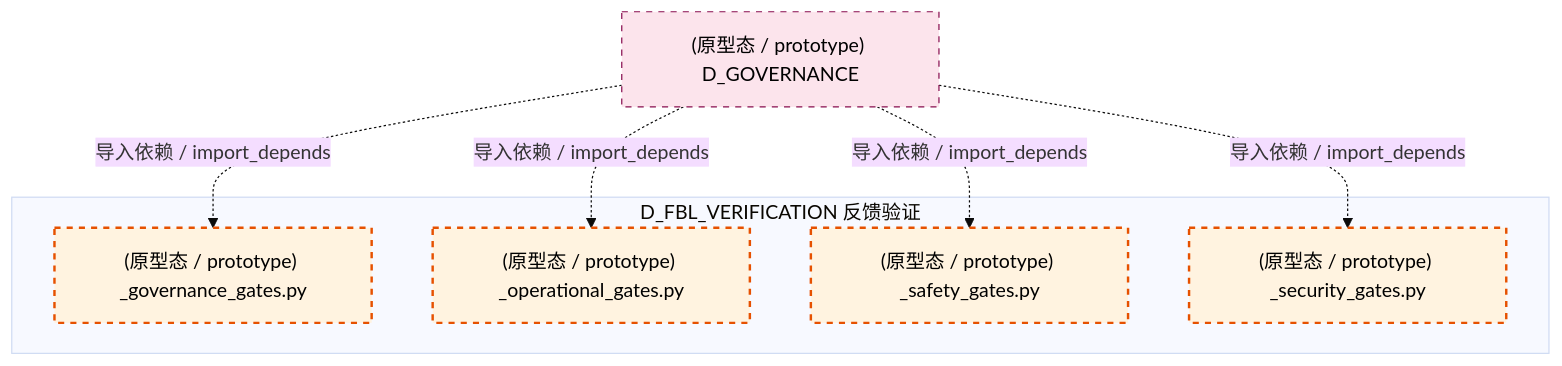
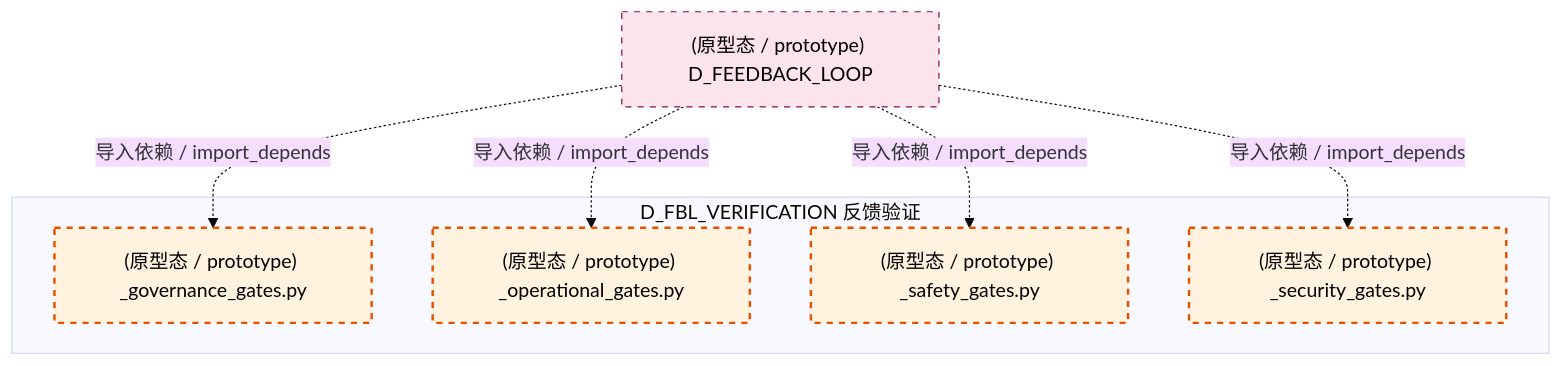
One commit to xuanFelixVan/ZephyrAlpha changed the fourth of 5 diagrams in docs/02_enterprise_architecture/02_domain_architecture_docs/11_d_fbl_verification.md. Above: the diagram before and after it, drawn with Mermaid (base theme). The commit also changed other lines of this file and 122 other files, not shown here.

````diff
--- a/docs/02_enterprise_architecture/02_domain_architecture_docs/11_d_fbl_verification.md
+++ b/docs/02_enterprise_architecture/02_domain_architecture_docs/11_d_fbl_verification.md
@@ -341,20 +340,20 @@
 ```mermaid
 graph TD
     subgraph D_FBL_VERIFICATION["D_FBL_VERIFICATION 反馈验证"]
         src_zephyr_feedback_loop_gates_governance_gates_py["(原型态 / prototype) _governance_gates.py"]
         src_zephyr_feedback_loop_gates_operational_gates_py["(原型态 / prototype) _operational_gates.py"]
         src_zephyr_feedback_loop_gates_safety_gates_py["(原型态 / prototype) _safety_gates.py"]
         src_zephyr_feedback_loop_gates_security_gates_py["(原型态 / prototype) _security_gates.py"]
     end
-    D_GOVERNANCE["(原型态 / prototype) D_GOVERNANCE"]
-    D_GOVERNANCE -.->|导入依赖 / import_depends| src_zephyr_feedback_loop_gates_governance_gates_py
-    D_GOVERNANCE -.->|导入依赖 / import_depends| src_zephyr_feedback_loop_gates_operational_gates_py
-    D_GOVERNANCE -.->|导入依赖 / import_depends| src_zephyr_feedback_loop_gates_safety_gates_py
-    D_GOVERNANCE -.->|导入依赖 / import_depends| src_zephyr_feedback_loop_gates_security_gates_py
+    D_FEEDBACK_LOOP["(原型态 / prototype) D_FEEDBACK_LOOP"]
+    D_FEEDBACK_LOOP -.->|导入依赖 / import_depends| src_zephyr_feedback_loop_gates_governance_gates_py
+    D_FEEDBACK_LOOP -.->|导入依赖 / import_depends| src_zephyr_feedback_loop_gates_security_gates_py
+    D_FEEDBACK_LOOP -.->|导入依赖 / import_depends| src_zephyr_feedback_loop_gates_operational_gates_py
+    D_FEEDBACK_LOOP -.->|导入依赖 / import_depends| src_zephyr_feedback_loop_gates_safety_gates_py
     classDef production fill:#e1f5fe,stroke:#01579b,stroke-width:2px,color:#000
     classDef design fill:#fff3e0,stroke:#e65100,stroke-width:2px,color:#000,stroke-dasharray: 5 5
     classDef external_prod fill:#e8f5e9,stroke:#1b5e20,stroke-width:1px,color:#000
     classDef external_design fill:#fce4ec,stroke:#880e4f,stroke-width:1px,color:#000,stroke-dasharray: 5 5
     class src_zephyr_feedback_loop_gates_governance_gates_py,src_zephyr_feedback_loop_gates_operational_gates_py,src_zephyr_feedback_loop_gates_safety_gates_py,src_zephyr_feedback_loop_gates_security_gates_py design
-    class D_GOVERNANCE external_design
+    class D_FEEDBACK_LOOP external_design
 ```
````
